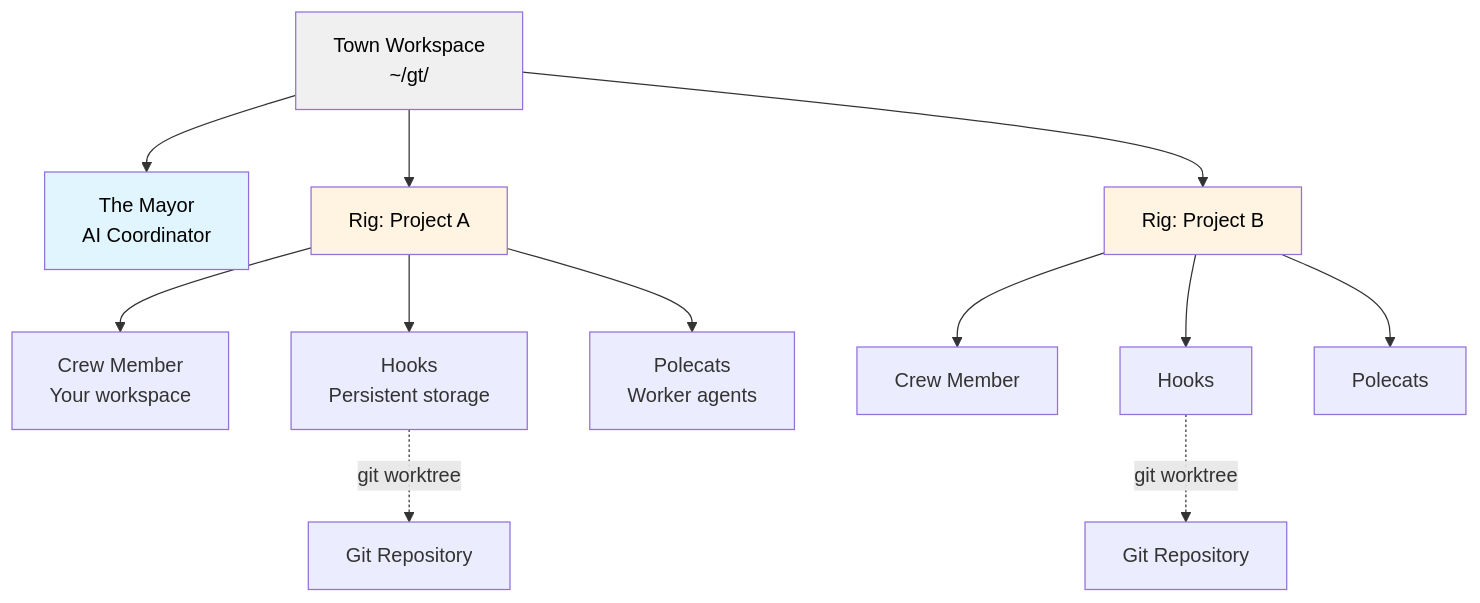
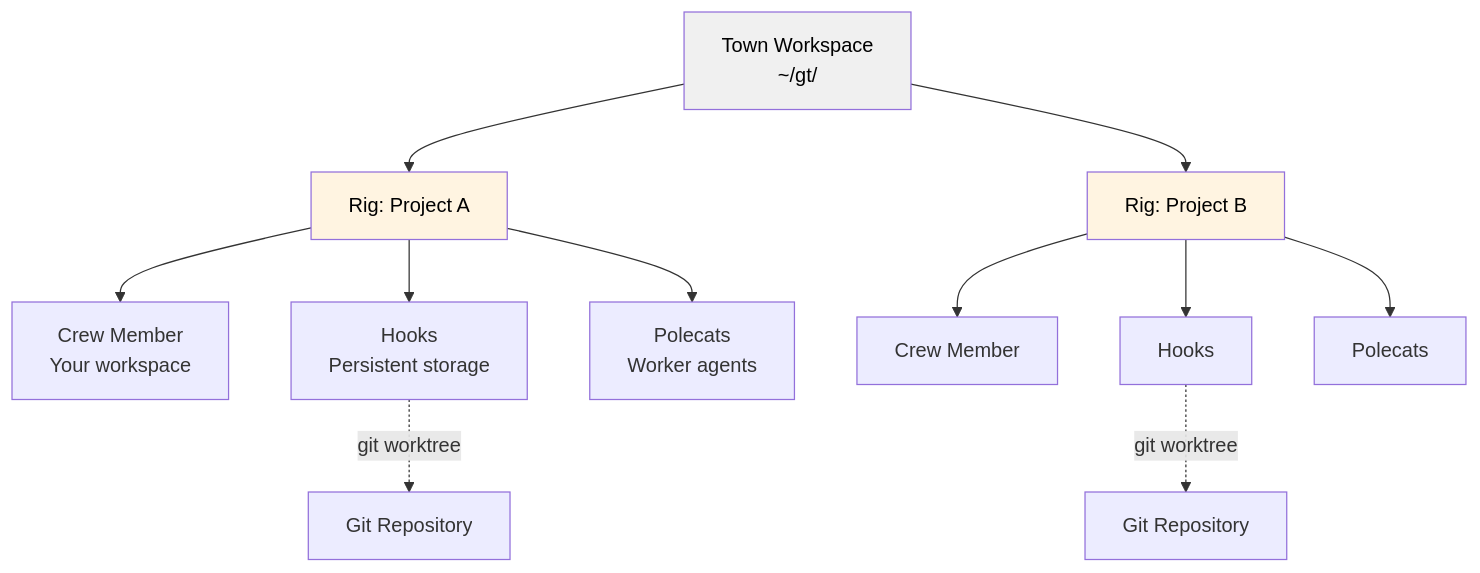
The first of 4 diagrams in README.md (sloanahrens/gastown), drawn with Mermaid before and after one commit. The commit also changed other lines of this file and 2 other files, not shown here.

Commit message:
docs: drop the deleted gt mayor command from README and install docs (gt-p6ggd)

````diff
--- a/README.md
+++ b/README.md
@@ -20,25 +20,22 @@
 ```mermaid
 graph TB
-    Mayor[The Mayor<br/>AI Coordinator]
     Town[Town Workspace<br/>~/gt/]
 
-    Town --> Mayor
     Town --> Rig1[Rig: Project A]
     Town --> Rig2[Rig: Project B]
 
     Rig1 --> Crew1[Crew Member<br/>Your workspace]
     Rig1 --> Hooks1[Hooks<br/>Persistent storage]
     Rig1 --> Polecats1[Polecats<br/>Worker agents]
 
     Rig2 --> Crew2[Crew Member]
     Rig2 --> Hooks2[Hooks]
     Rig2 --> Polecats2[Polecats]
 
     Hooks1 -.git worktree.-> GitRepo1[Git Repository]
     Hooks2 -.git worktree.-> GitRepo2[Git Repository]
 
-    style Mayor fill:#e1f5ff,color:#000000
     style Town fill:#f0f0f0,color:#000000
     style Rig1 fill:#fff4e1,color:#000000
     style Rig2 fill:#fff4e1,color:#000000
 ```
````
